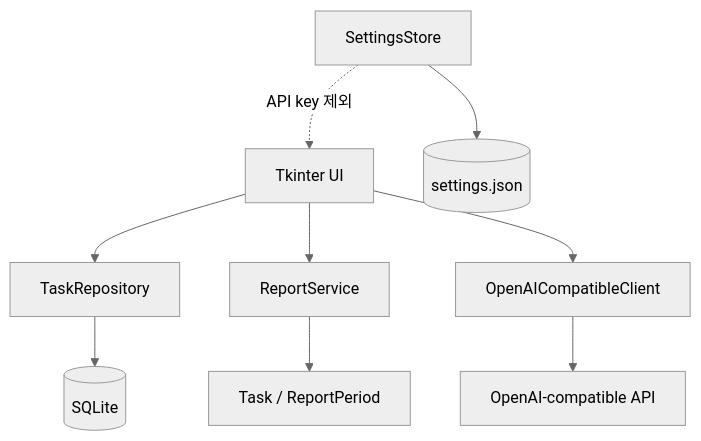
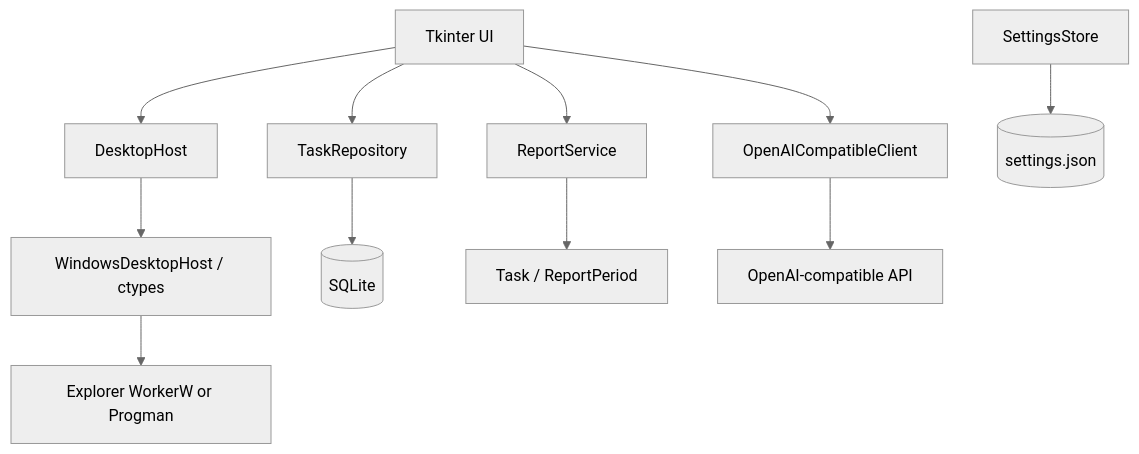
Before and after one commit to sngmng6506/calendar-memo: the first of 2 diagrams in docs/ARCHITECTURE.md, drawn with Mermaid (neutral theme). The commit also changed other lines of this file and 22 other files, not shown here.

Commit message:
feat: add recoverable Windows desktop mode

````diff
--- a/docs/ARCHITECTURE.md
+++ b/docs/ARCHITECTURE.md
@@ -5,11 +5,13 @@
 ```mermaid
 flowchart TD
     UI[Tkinter UI] --> Repo[TaskRepository]
     UI --> Report[ReportService]
-    UI --> LLM[OpenAICompatibleClient]
+    UI --> Host[DesktopHost]
+    Host --> Win[WindowsDesktopHost / ctypes]
+    Win --> Shell[Explorer WorkerW or Progman]
     Repo --> SQLite[(SQLite)]
     Report --> Models[Task / ReportPeriod]
+    UI --> LLM[OpenAICompatibleClient]
     LLM --> API[OpenAI-compatible API]
     Settings[SettingsStore] --> JSON[(settings.json)]
-    Settings -. API key 제외 .-> UI
 ```
````
